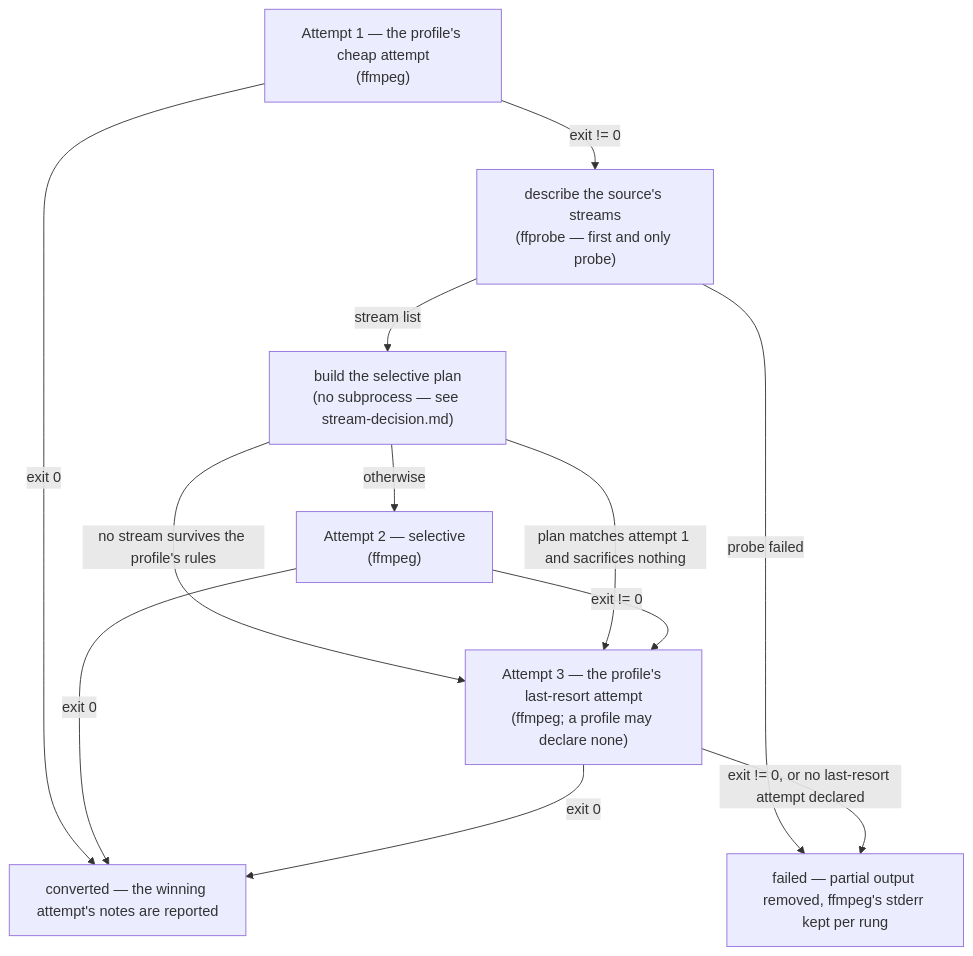
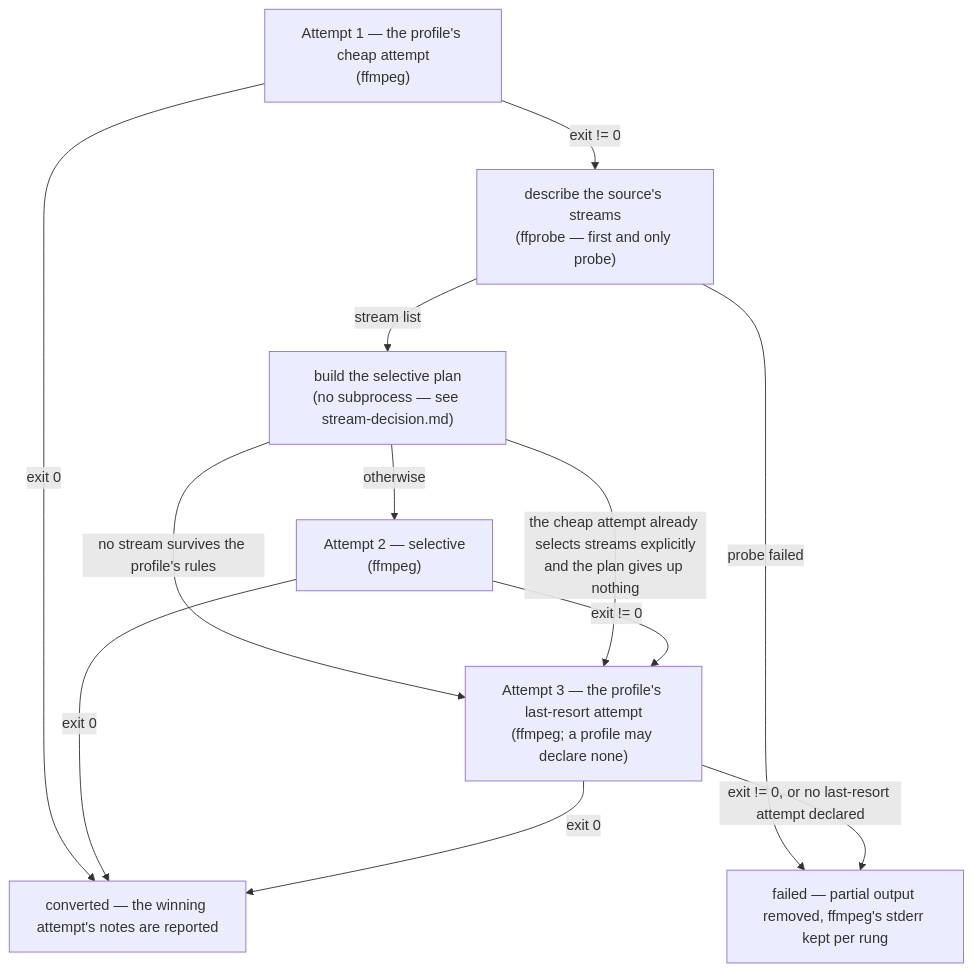
Before and after one commit to bhemsen/converter: the diagram in docs/design/degradation-ladder.md, drawn with Mermaid. The commit also changed other lines of this file and 5 other files, not shown here.

````diff
--- a/docs/design/degradation-ladder.md
+++ b/docs/design/degradation-ladder.md
@@ -14,22 +14,22 @@
 ```mermaid
 flowchart TD
     A["Attempt 1 — the profile's cheap attempt<br/>(ffmpeg)"]
     P["describe the source's streams<br/>(ffprobe — first and only probe)"]
     PLAN["build the selective plan<br/>(no subprocess — see stream-decision.md)"]
     SEL["Attempt 2 — selective<br/>(ffmpeg)"]
     FIN["Attempt 3 — the profile's last-resort attempt<br/>(ffmpeg; a profile may declare none)"]
     OK["converted — the winning attempt's notes are reported"]
     BAD["failed — partial output removed, ffmpeg's stderr kept per rung"]
 
     A -->|"exit 0"| OK
     A -->|"exit != 0"| P
     P -->|"probe failed"| BAD
     P -->|"stream list"| PLAN
     PLAN -->|"no stream survives the profile's rules"| FIN
-    PLAN -->|"plan matches attempt 1 and sacrifices nothing"| FIN
+    PLAN -->|"the cheap attempt already selects streams explicitly<br/>and the plan gives up nothing"| FIN
     PLAN -->|"otherwise"| SEL
     SEL -->|"exit 0"| OK
     SEL -->|"exit != 0"| FIN
     FIN -->|"exit 0"| OK
     FIN -->|"exit != 0, or no last-resort attempt declared"| BAD
 ```
````
